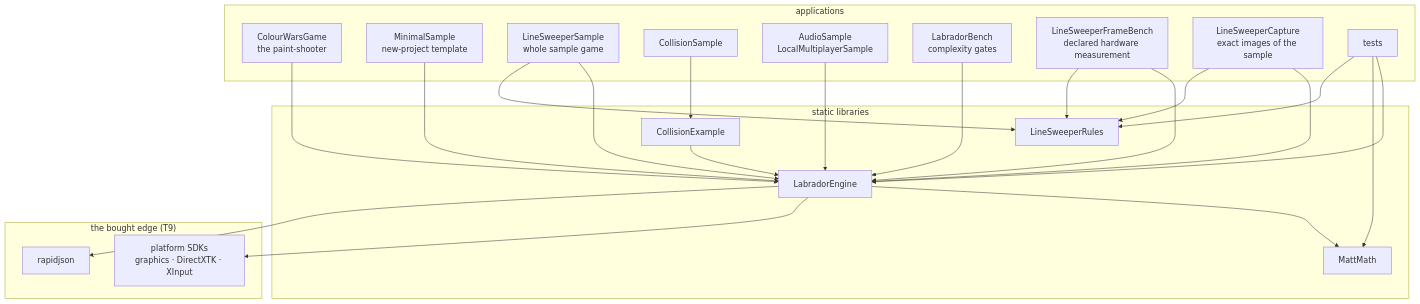
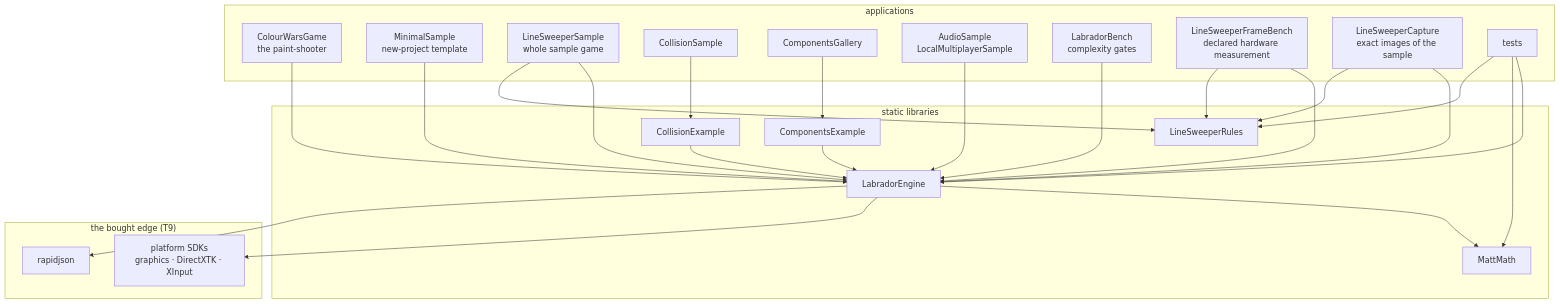
The first of 2 diagrams in docs/design/ARCHITECTURE.md (matt439/Labrador), drawn with Mermaid before and after one commit. The commit also changed 9 other files, not shown here.

````diff
--- a/docs/design/ARCHITECTURE.md
+++ b/docs/design/ARCHITECTURE.md
@@ -44,42 +44,46 @@
 ```mermaid
 flowchart TD
     subgraph apps["applications"]
         game["ColourWarsGame<br/>the paint-shooter"]
         sample["MinimalSample<br/>new-project template"]
         linesweeper["LineSweeperSample<br/>whole sample game"]
         collision_sample["CollisionSample"]
+        gallery["ComponentsGallery"]
         guides["AudioSample<br/>LocalMultiplayerSample"]
         throughput["LabradorBench<br/>complexity gates"]
         frame["LineSweeperFrameBench<br/>declared hardware measurement"]
         capture["LineSweeperCapture<br/>exact images of the sample"]
         tests["tests"]
     end
     subgraph libs["static libraries"]
         engine["LabradorEngine"]
         math["MattMath"]
         rules["LineSweeperRules"]
         collision_example["CollisionExample"]
+        components["ComponentsExample"]
     end
     subgraph edge["the bought edge (T9)"]
         sdks["platform SDKs<br/>graphics · DirectXTK · XInput"]
         rapidjson["rapidjson"]
     end
     game --> engine
     sample --> engine
     linesweeper --> engine
     linesweeper --> rules
     collision_sample --> collision_example
     collision_example --> engine
+    gallery --> components
+    components --> engine
     guides --> engine
     throughput --> engine
     frame --> engine
     frame --> rules
     capture --> engine
     capture --> rules
     tests --> engine
     tests --> math
     tests --> rules
     engine --> math
     engine --> sdks
     engine --> rapidjson
 ```
````
